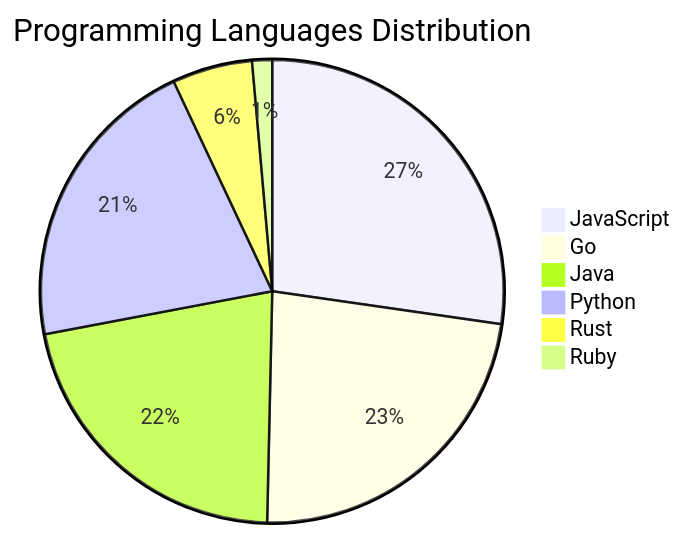
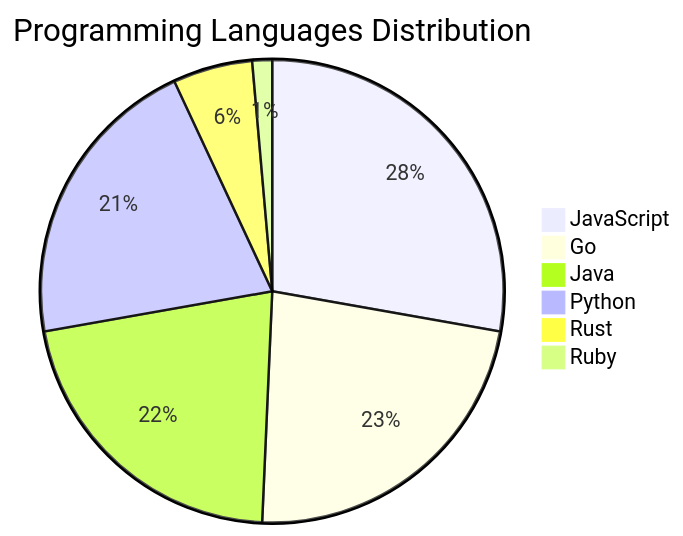
Before and after one commit to Derrick-MUGISHA/github-activity-bot: the diagram in README.md, drawn with Mermaid. The commit also changed other lines of this file and 4 other files, not shown here.

````diff
--- a/README.md
+++ b/README.md
@@ -206,9 +206,9 @@
 ```mermaid
 pie title Programming Languages Distribution
-    "JavaScript" : 39
+    "JavaScript" : 40
     "Go" : 33
     "Java" : 31
     "Python" : 30
     "Rust" : 8
     "Ruby" : 2
 ```
````
